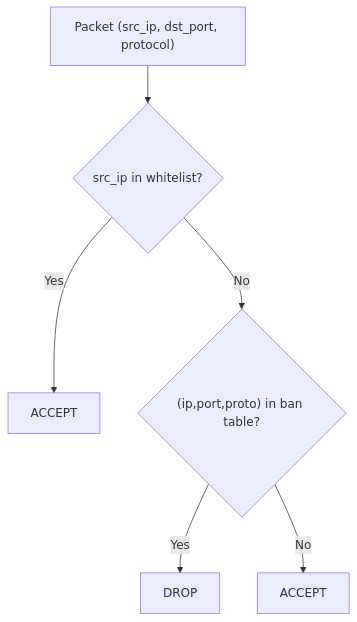
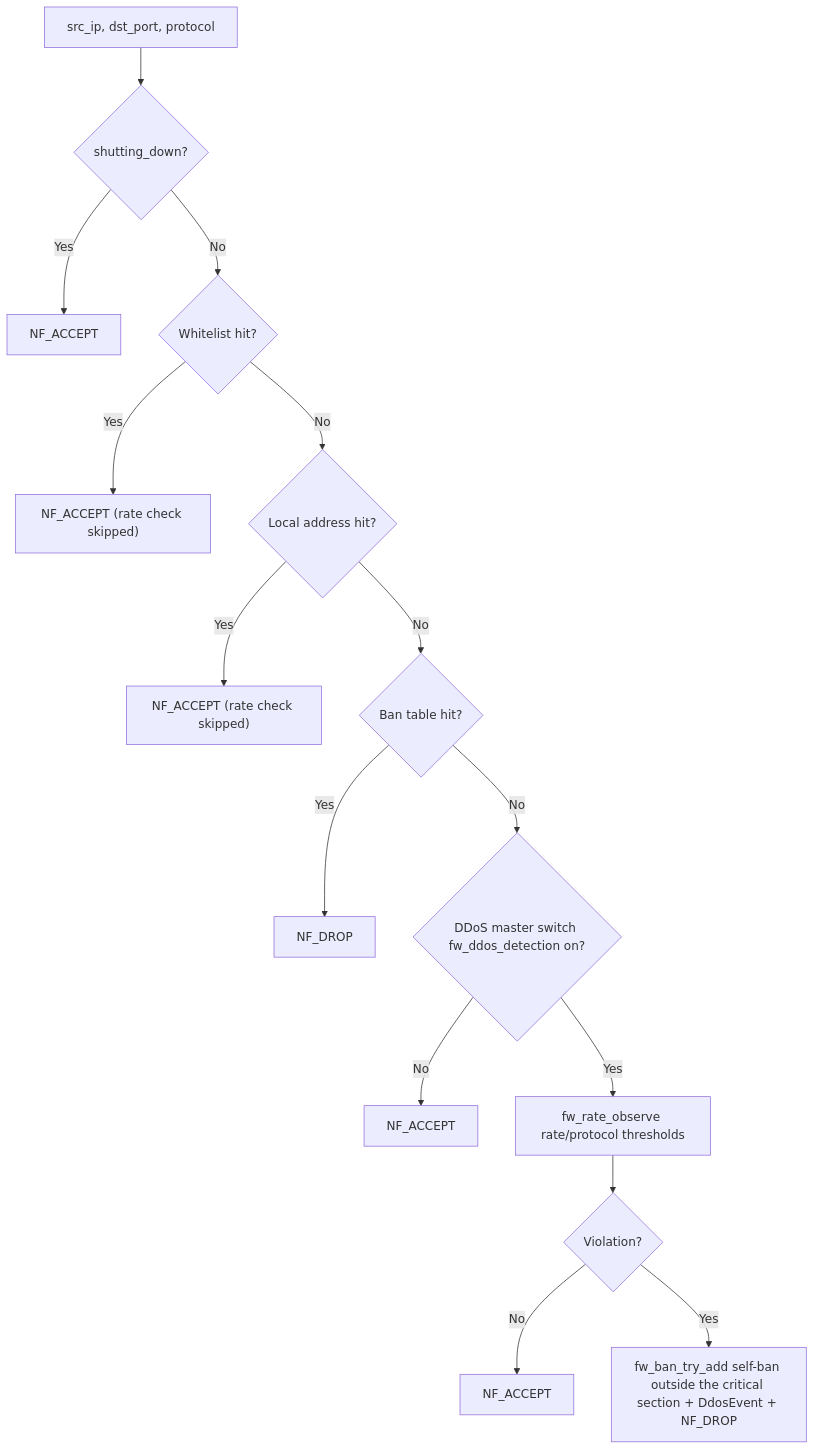
One commit to SnowCore8/linux-firewall-kmod changed the second of 6 diagrams in docs/en/architecture/data-flow.md. Above: the diagram before and after it, drawn with Mermaid. The commit also changed other lines of this file and 1 other file, not shown here.

````diff
--- a/docs/en/architecture/data-flow.md
+++ b/docs/en/architecture/data-flow.md
@@ -23,8 +55,17 @@
 ```mermaid
 graph TB
-    A["Packet (src_ip, dst_port, protocol)"] --> B{src_ip in whitelist?}
-    B -->|Yes| C[ACCEPT]
-    B -->|No| D{"(ip,port,proto) in ban table?"}
-    D -->|Yes| E[DROP]
-    D -->|No| F[ACCEPT]
+    A["src_ip, dst_port, protocol"] --> B{"shutting_down?"}
+    B -->|Yes| ACC1["NF_ACCEPT"]
+    B -->|No| C{"Whitelist hit?"}
+    C -->|Yes| ACC2["NF_ACCEPT (rate check skipped)"]
+    C -->|No| D{"Local address hit?"}
+    D -->|Yes| ACC3["NF_ACCEPT (rate check skipped)"]
+    D -->|No| E{"Ban table hit?"}
+    E -->|Yes| DR1["NF_DROP"]
+    E -->|No| F{"DDoS master switch fw_ddos_detection on?"}
+    F -->|No| ACC4["NF_ACCEPT"]
+    F -->|Yes| G["fw_rate_observe rate/protocol thresholds"]
+    G --> H{"Violation?"}
+    H -->|No| ACC5["NF_ACCEPT"]
+    H -->|Yes| DR2["fw_ban_try_add self-ban outside the critical section + DdosEvent + NF_DROP"]
 ```
````
